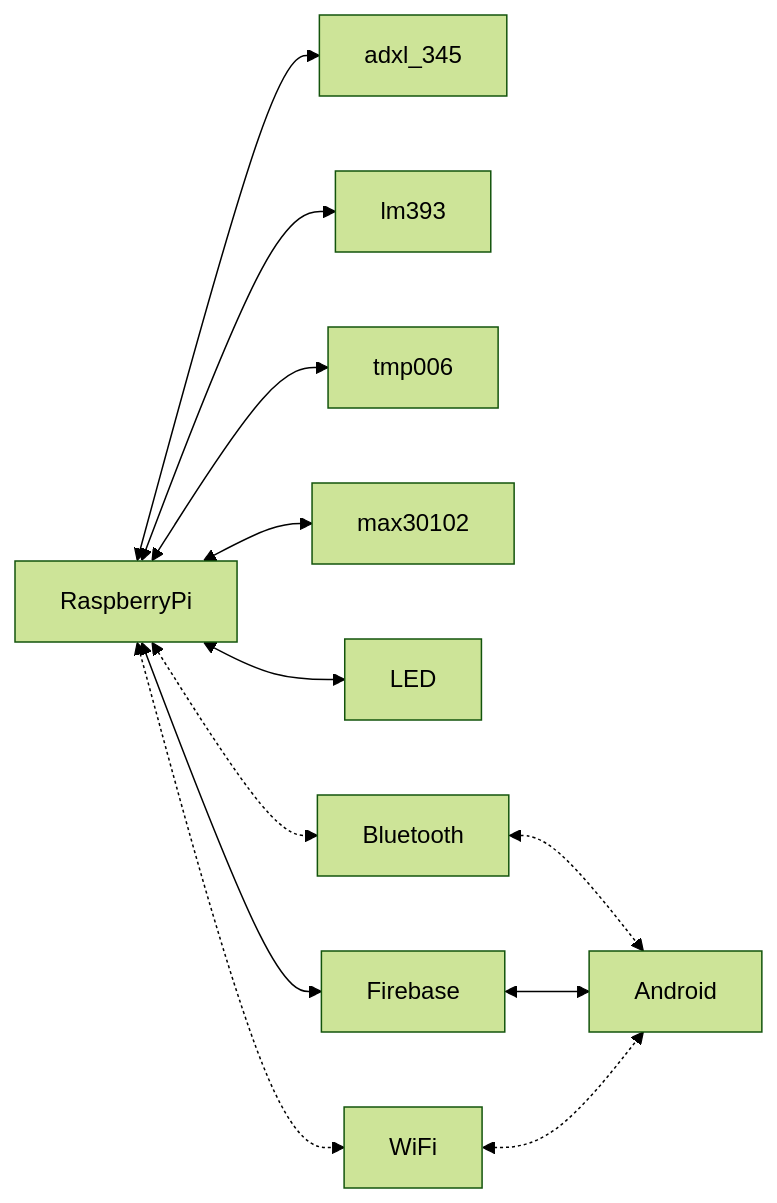
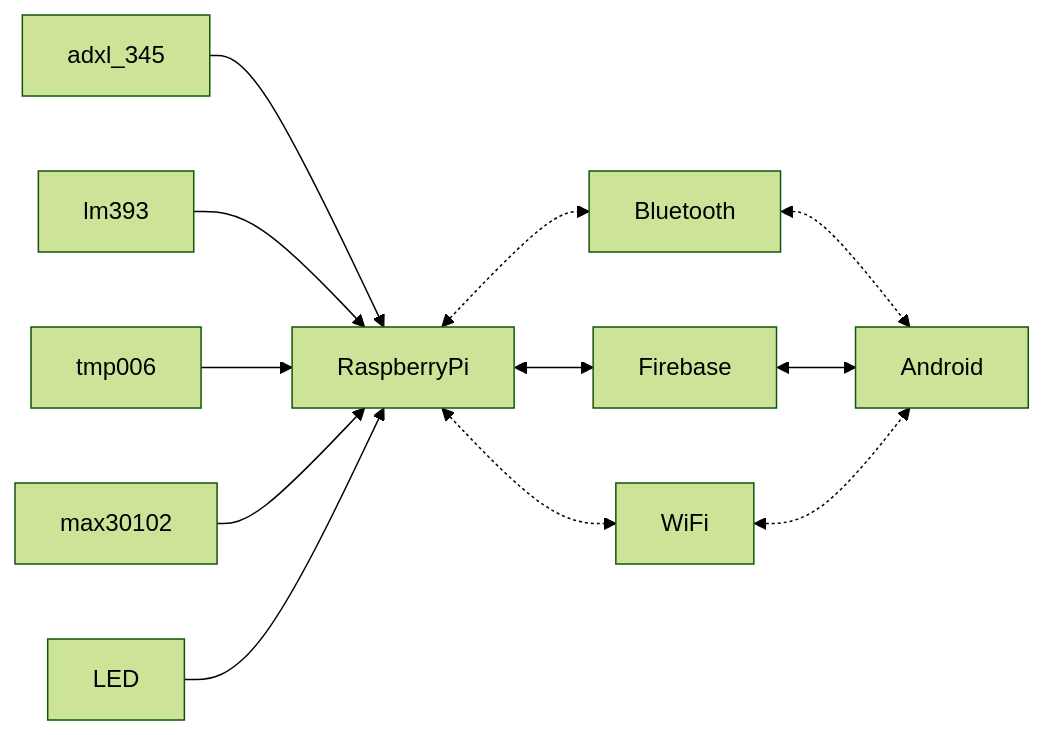
One commit to Naman-Pal/SIHMON changed the diagram in ceng355wk01proposal.md. Above: the diagram before and after it, drawn with Mermaid (forest theme).

Commit message:
Updated design ceng355wk01proposal.md

````diff
--- a/ceng355wk01proposal.md
+++ b/ceng355wk01proposal.md
@@ -102,16 +102,16 @@
 ```mermaid
 flowchart LR;
-RaspberryPi<-->adxl_345;
-RaspberryPi<-->lm393;
-RaspberryPi<-->tmp006;
-RaspberryPi<-->max30102;
-RaspberryPi<-->LED;
+adxl_345-->RaspberryPi;
+lm393-->RaspberryPi;
+tmp006-->RaspberryPi;
+max30102-->RaspberryPi;
+LED-->RaspberryPi;
 
 RaspberryPi<-.->Bluetooth;
 Bluetooth<-.->Android;
 RaspberryPi<-->Firebase;
 Firebase<-->Android;
 WiFi<-.->Android;
 RaspberryPi<-.->WiFi;
 
 ```
````
